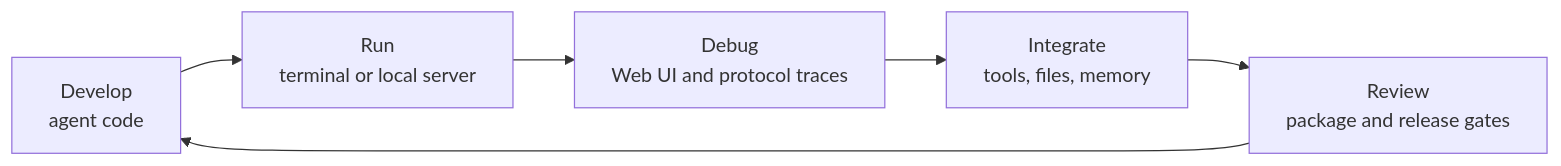
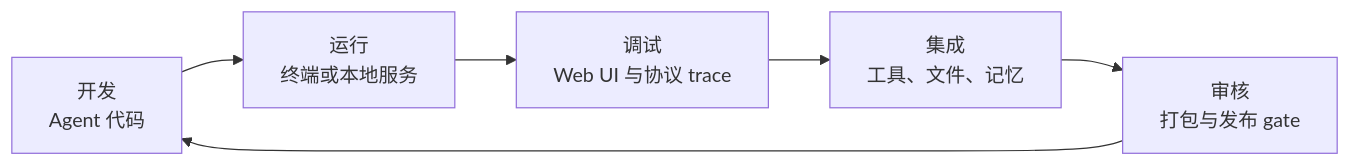
Before and after one commit to kingsoftcloud/ksadk-python: the first of 3 diagrams in public-docs/getting-started/concepts.md, drawn with Mermaid. The commit also changed other lines of this file and 107 other files, not shown here.

````diff
--- a/public-docs/getting-started/concepts.md
+++ b/public-docs/getting-started/concepts.md
@@ -12,8 +12,8 @@
 ```mermaid
 flowchart LR
-  A["Develop<br/>agent code"] --> B["Run<br/>terminal or local server"]
-  B --> C["Debug<br/>Web UI and protocol traces"]
-  C --> D["Integrate<br/>tools, files, memory"]
-  D --> E["Review<br/>package and release gates"]
+  A["开发<br/>Agent 代码"] --> B["运行<br/>终端或本地服务"]
+  B --> C["调试<br/>Web UI 与协议 trace"]
+  C --> D["集成<br/>工具、文件、记忆"]
+  D --> E["审核<br/>打包与发布 gate"]
   E --> A
 ```
````
